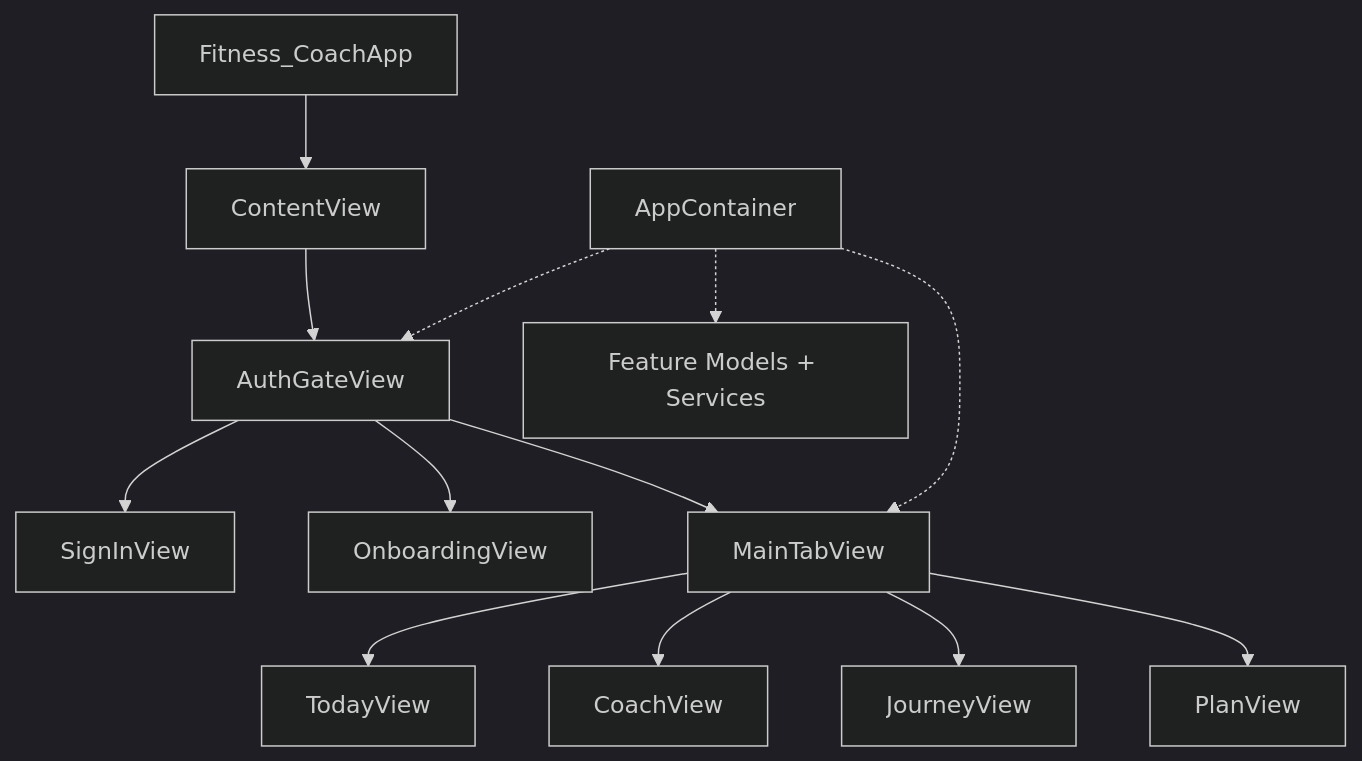
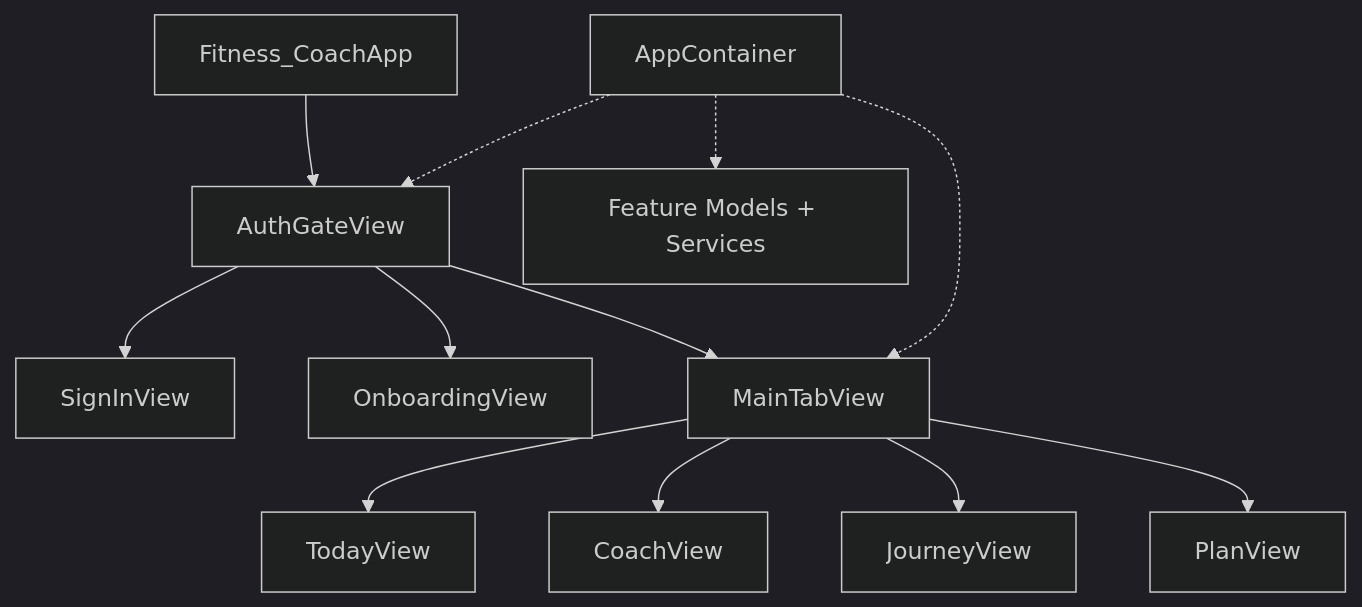
One commit to isaacchua0309/FitnessCoach changed the diagram in Docs/Architecture.md. Above: the diagram before and after it, drawn with Mermaid (dark theme). The commit also changed other lines of this file and 41 other files, not shown here.

First line of the commit message:
Tier 4: Schema v3 workout retirement, Plan cleanup, backend docs

````diff
--- a/Docs/Architecture.md
+++ b/Docs/Architecture.md
@@ -150,15 +148,14 @@
 ```mermaid
 flowchart TB
-    App[Fitness_CoachApp] --> CV[ContentView]
-    CV --> AG[AuthGateView]
+    App[Fitness_CoachApp] --> AG[AuthGateView]
     AG --> SignIn[SignInView]
     AG --> OB[OnboardingView]
     AG --> MT[MainTabView]
     MT --> Today[TodayView]
     MT --> Coach[CoachView]
     MT --> Journey[JourneyView]
     MT --> Plan[PlanView]
     AC[AppContainer] -.-> AG
     AC -.-> MT
     AC -.-> Models[Feature Models + Services]
 ```
````
